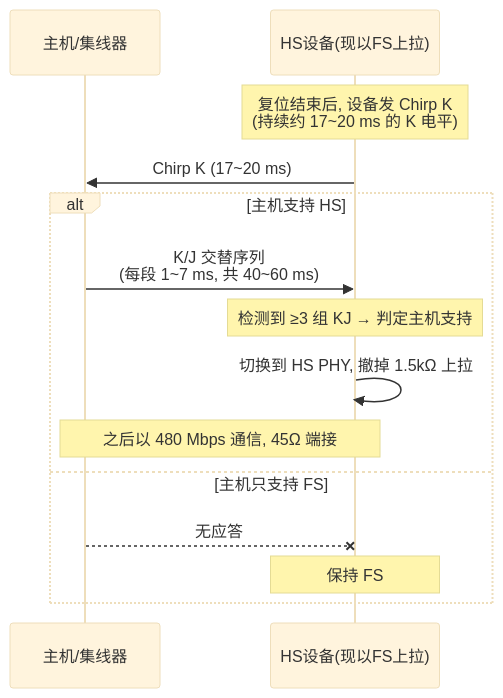
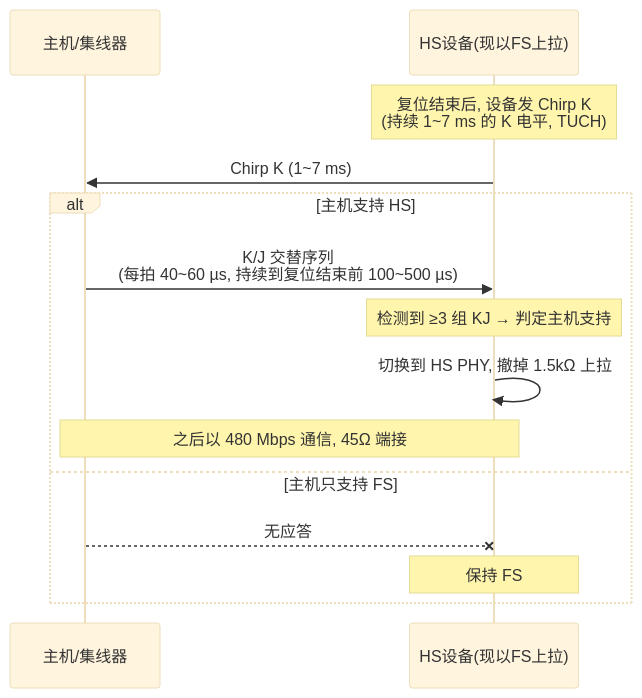
The diagram in 10-树干-USB核心/04-信号编码与比特流.md (tangjianfang/USBTree), drawn with Mermaid (base theme) before and after one commit. The commit also changed other lines of this file and 2 other files, not shown here.

Commit message:
evolve #3: 勘误 Chirp 时序（设备 1~7ms/主机 40-60µs 每拍，对齐 Table 7-5 与 03 全表）+ 02 速查表交叉链接新附录

````diff
--- a/10-树干-USB核心/04-信号编码与比特流.md
+++ b/10-树干-USB核心/04-信号编码与比特流.md
@@ -71,16 +71,16 @@
 ```mermaid
 sequenceDiagram
     participant H as 主机/集线器
     participant D as HS设备(现以FS上拉)
-    Note over D: 复位结束后, 设备发 Chirp K<br/>(持续约 17~20 ms 的 K 电平)
-    D->>H: Chirp K (17~20 ms)
+    Note over D: 复位结束后, 设备发 Chirp K<br/>(持续 1~7 ms 的 K 电平, TUCH)
+    D->>H: Chirp K (1~7 ms)
     alt 主机支持 HS
-        H->>D: K/J 交替序列<br/>(每段 1~7 ms, 共 40~60 ms)
+        H->>D: K/J 交替序列<br/>(每拍 40~60 µs, 持续到复位结束前 100~500 µs)
         Note over D: 检测到 ≥3 组 KJ → 判定主机支持
         D->>D: 切换到 HS PHY, 撤掉 1.5kΩ 上拉
         Note over H,D: 之后以 480 Mbps 通信, 45Ω 端接
     else 主机只支持 FS
         H--xD: 无应答
         Note over D: 保持 FS
     end
 ```
````
